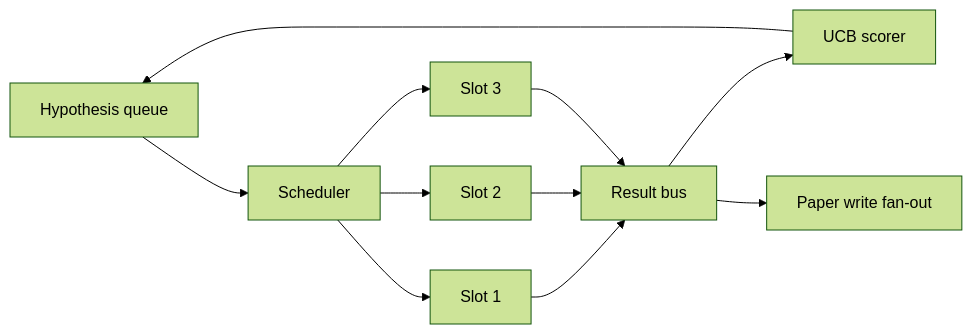
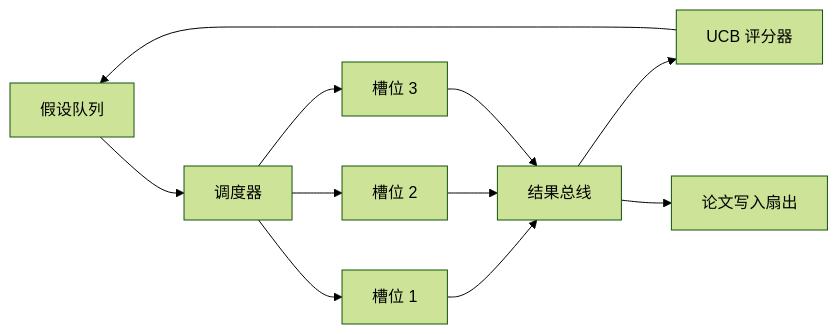
One commit to guangningsun/ailearning changed the first of 3 diagrams in lessons/19-capstone-projects/56-iteration-scheduler/docs/zh.md. Above: the diagram before and after it, drawn with Mermaid (forest theme). The commit also changed other lines of this file and 85 other files, not shown here.

````diff
--- a/lessons/19-capstone-projects/56-iteration-scheduler/docs/zh.md
+++ b/lessons/19-capstone-projects/56-iteration-scheduler/docs/zh.md
@@ -26,13 +26,13 @@
 ```mermaid
 flowchart LR
-    Queue[Hypothesis queue] --> Sched[Scheduler]
-    Sched --> Slot1[Slot 1]
-    Sched --> Slot2[Slot 2]
-    Sched --> Slot3[Slot 3]
-    Slot1 --> Bus[Result bus]
+    Queue[假设队列] --> Sched[调度器]
+    Sched --> Slot1[槽位 1]
+    Sched --> Slot2[槽位 2]
+    Sched --> Slot3[槽位 3]
+    Slot1 --> Bus[结果总线]
     Slot2 --> Bus
     Slot3 --> Bus
-    Bus --> Score[UCB scorer]
+    Bus --> Score[UCB 评分器]
     Score --> Queue
-    Bus --> Paper[Paper write fan-out]
+    Bus --> Paper[论文写入扇出]
 ```
````
